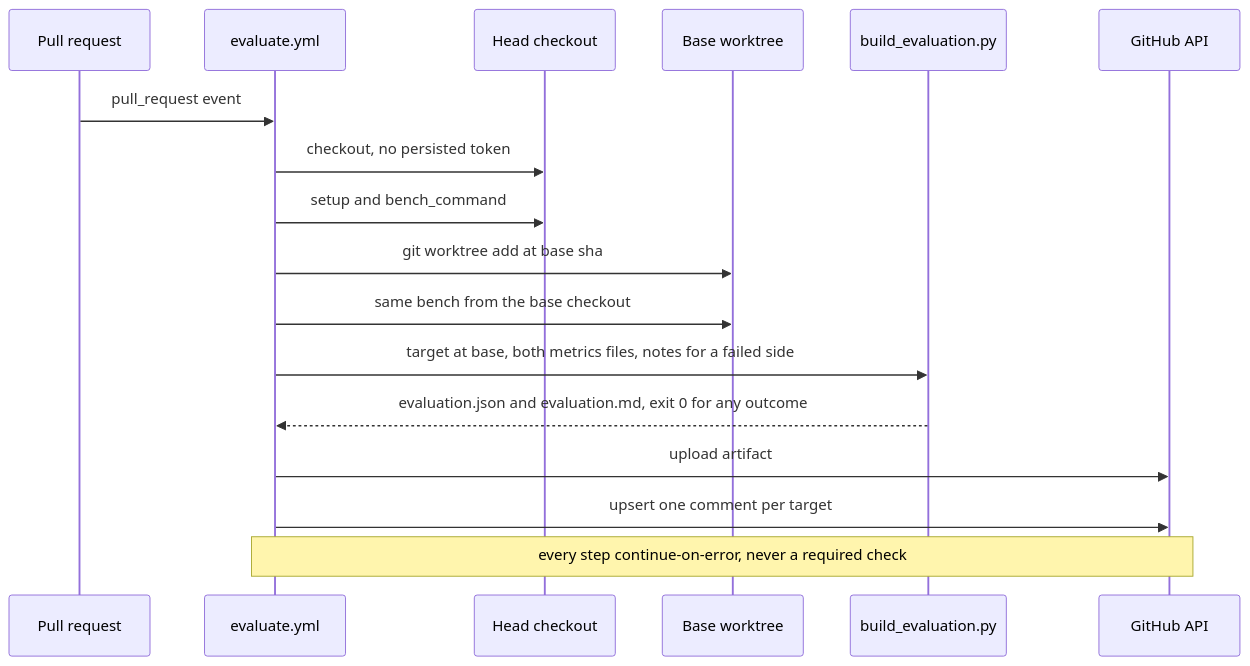
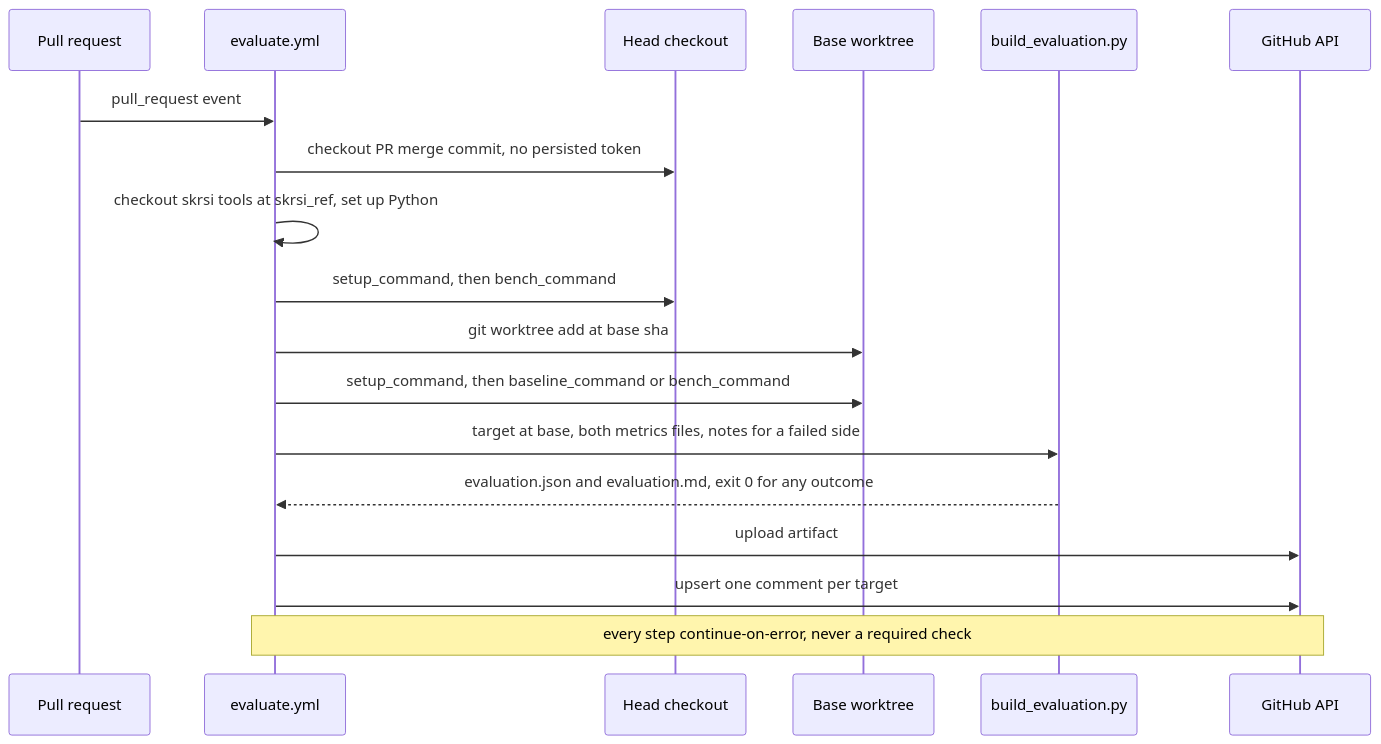
The fourth of 4 diagrams in docs/ARCHITECTURE.md (smilinTux/skrsi), drawn with Mermaid before and after one commit. The commit also changed other lines of this file, not shown here.

Commit message:
docs(skrsi): correct the runtime feed claim and complete the evaluation sequence
Review found "no adopter currently feeds them" overstated: SKCapstone's own
fleet-heartbeat collector and `skcapstone skrsi run` feed the v1 runtime. The
sequence now shows the tools checkout, Python setup and baseline_command, and
the component view says adopters call evaluate.yml.

Claude-Session: https://claude.ai/code/session_017nq42wQ7EyMseY6AtkFLxf

````diff
--- a/docs/ARCHITECTURE.md
+++ b/docs/ARCHITECTURE.md
@@ -100,19 +100,20 @@
 ```mermaid
 sequenceDiagram
     participant PR as Pull request
     participant WF as evaluate.yml
     participant Head as Head checkout
     participant Base as Base worktree
     participant B as build_evaluation.py
     participant GH as GitHub API
     PR->>WF: pull_request event
-    WF->>Head: checkout, no persisted token
-    WF->>Head: setup and bench_command
+    WF->>Head: checkout PR merge commit, no persisted token
+    WF->>WF: checkout skrsi tools at skrsi_ref, set up Python
+    WF->>Head: setup_command, then bench_command
     WF->>Base: git worktree add at base sha
-    WF->>Base: same bench from the base checkout
+    WF->>Base: setup_command, then baseline_command or bench_command
     WF->>B: target at base, both metrics files, notes for a failed side
     B-->>WF: evaluation.json and evaluation.md, exit 0 for any outcome
     WF->>GH: upload artifact
     WF->>GH: upsert one comment per target
     Note over WF,GH: every step continue-on-error, never a required check
 ```
````
